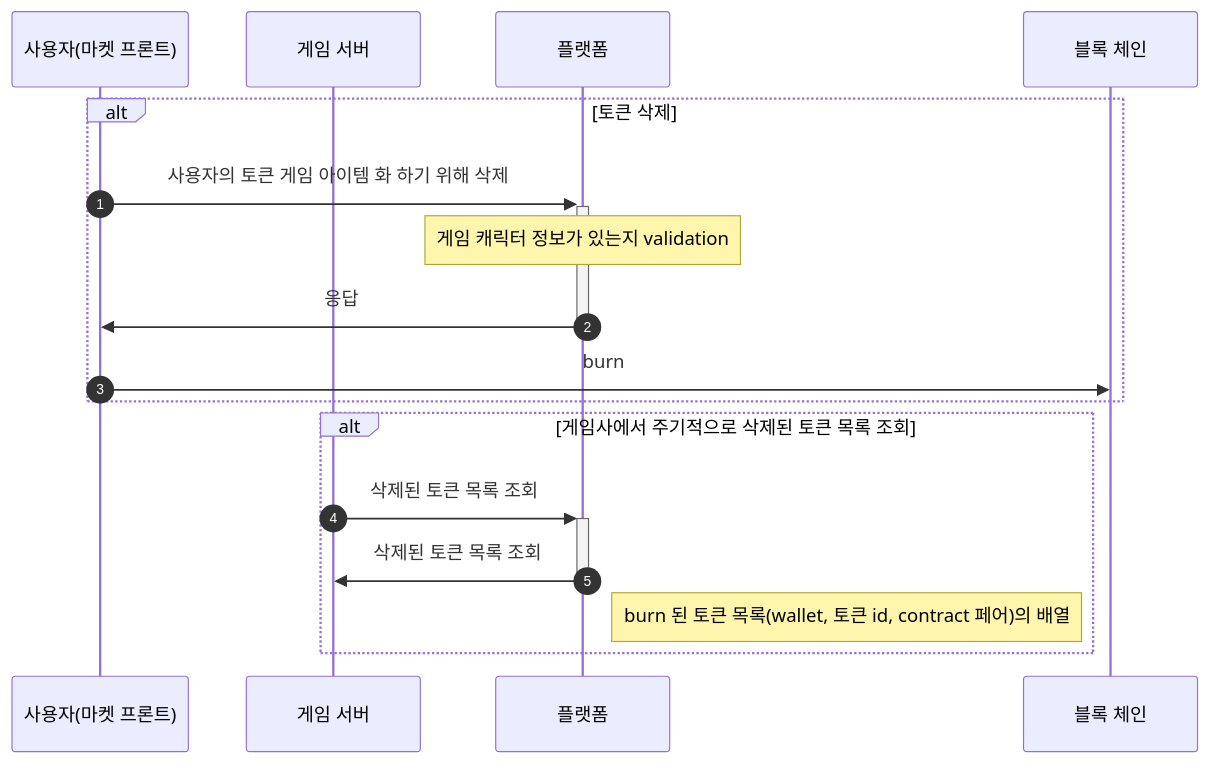
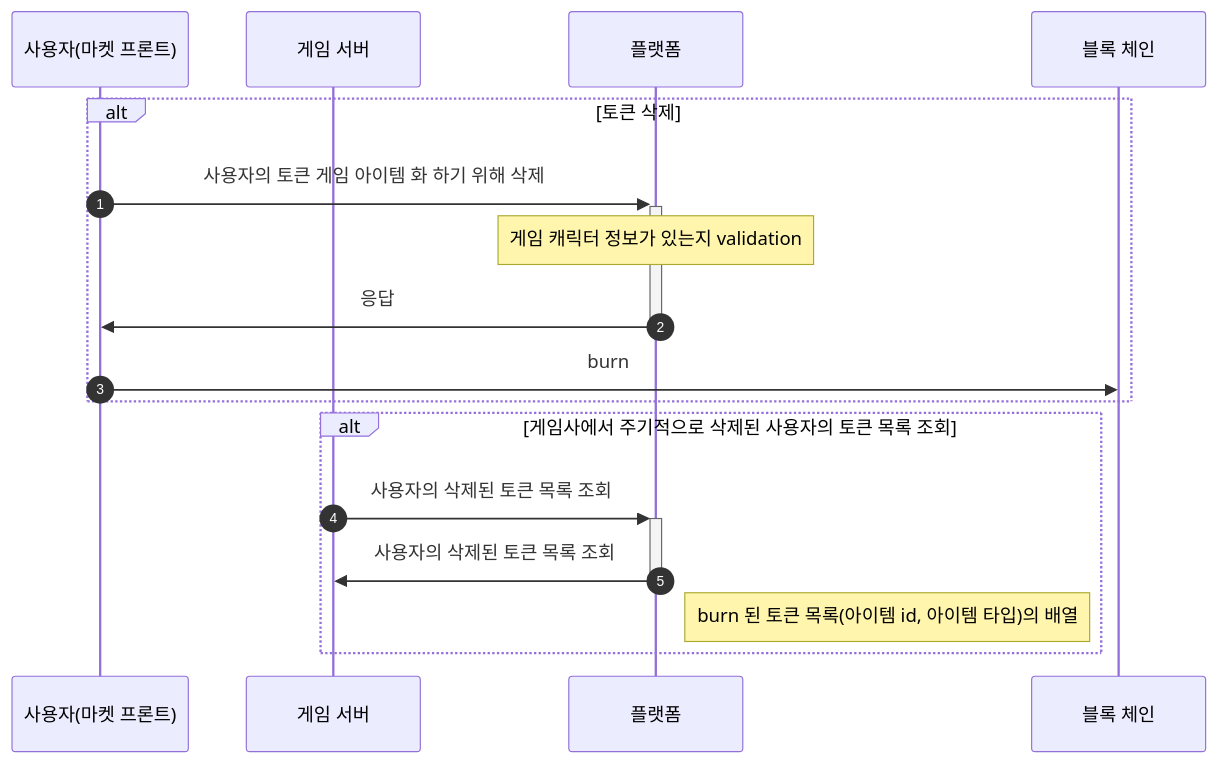
The third of 6 diagrams in Overtake/topics/토큰-발행-및-삭제.md (ottm-labs/ottm-labs.github.io), drawn with Mermaid before and after one commit. The commit also changed other lines of this file, not shown here.

````diff
--- a/Overtake/topics/토큰-발행-및-삭제.md
+++ b/Overtake/topics/토큰-발행-및-삭제.md
@@ -233,23 +245,23 @@
 ```mermaid
 sequenceDiagram
 autonumber
 participant user as 사용자(마켓 프론트)
 participant game as 게임 서버
 participant platform as 플랫폼
 participant chain as 블록 체인
 
 alt 토큰 삭제
 user ->> +platform: 사용자의 토큰 게임 아이템 화 하기 위해 삭제
 Note over platform: 게임 캐릭터 정보가 있는지 validation
 platform ->> -user: 응답
 user ->> chain: burn
 end
 
-alt 게임사에서 주기적으로 삭제된 토큰 목록 조회
-game ->> +platform: 삭제된 토큰 목록 조회
-platform ->> -game: 삭제된 토큰 목록 조회
-Note right of platform: burn 된 토큰 목록(wallet, 토큰 id, contract 페어)의 배열
+alt 게임사에서 주기적으로 삭제된 사용자의 토큰 목록 조회
+game ->> +platform: 사용자의 삭제된 토큰 목록 조회
+platform ->> -game: 사용자의 삭제된 토큰 목록 조회
+Note right of platform: burn 된 토큰 목록(아이템 id, 아이템 타입)의 배열
 
 end
 
 ```
````
